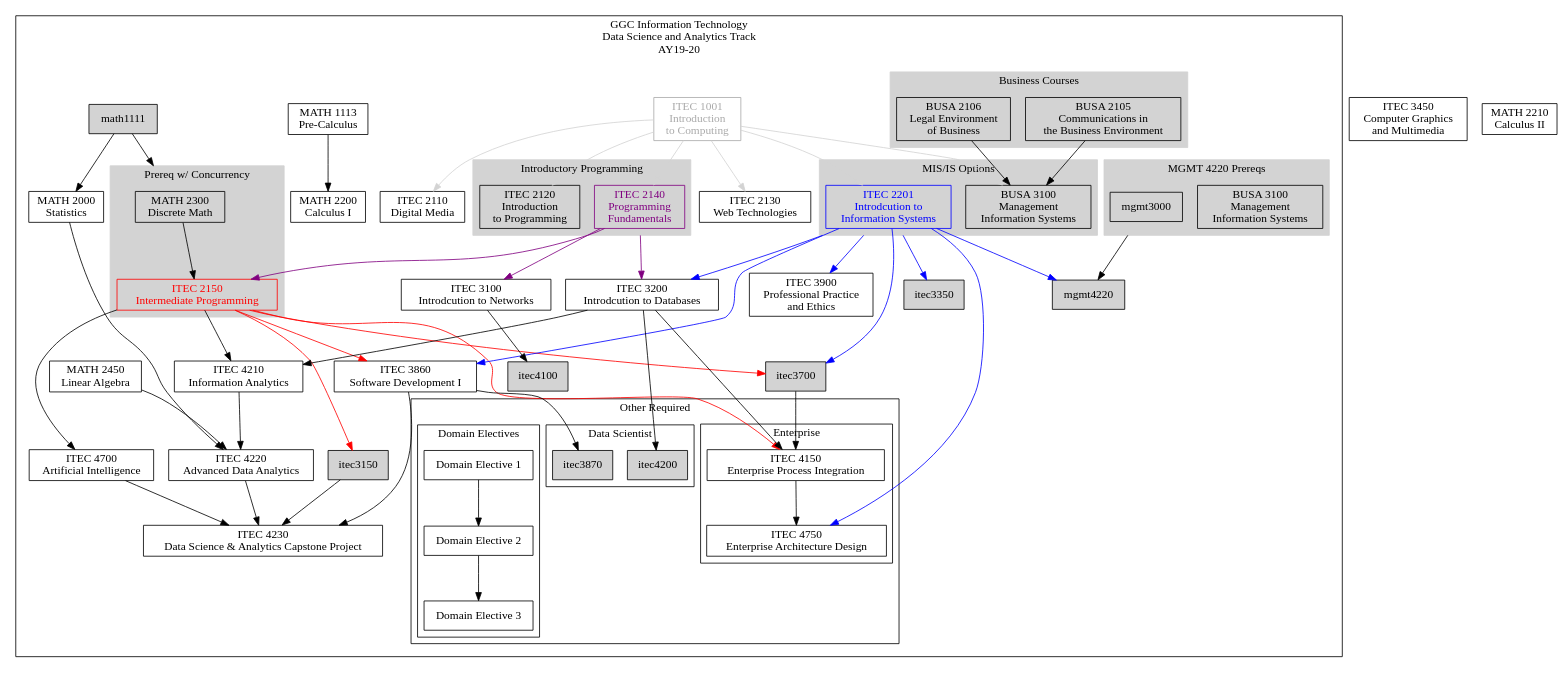
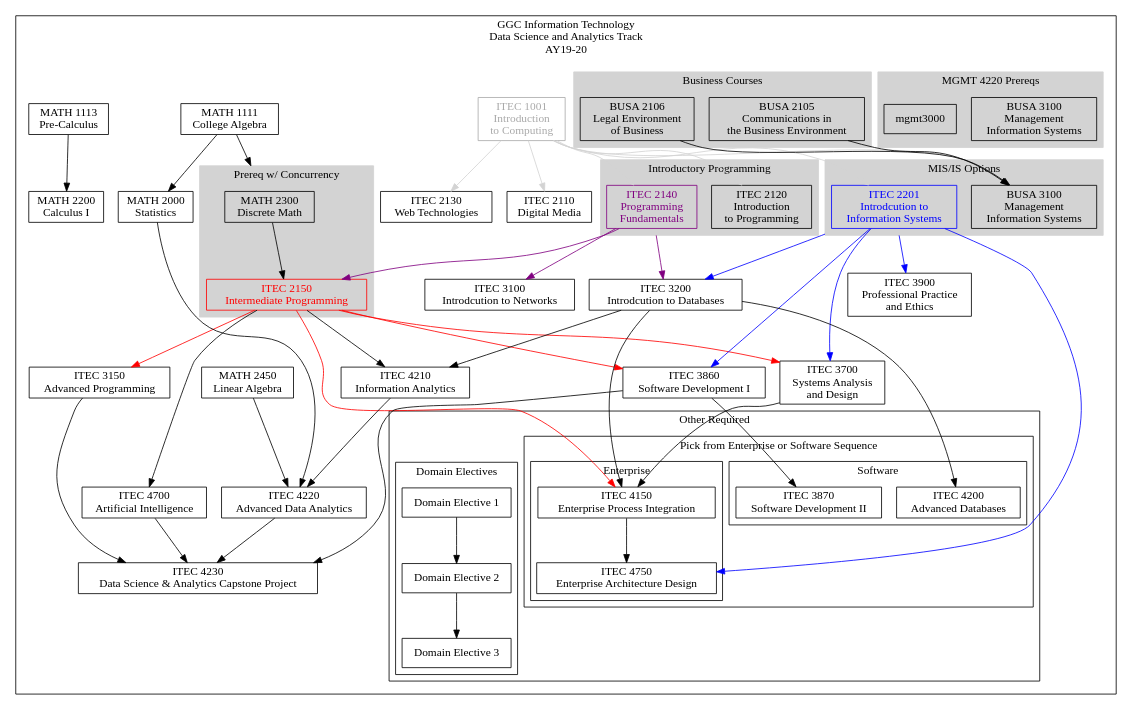
One commit to rjlutz/itec-plans changed the diagram in AY19-20/DataScienceAndAnalytics.dot. Above: the diagram before and after it, drawn with Graphviz. The commit also changed 10 other files, not shown here.

```diff
--- a/AY19-20/DataScienceAndAnalytics.dot
+++ b/AY19-20/DataScienceAndAnalytics.dot
@@ -4,73 +4,6 @@
     compound = true //  needed to link clusters and nodes
     splines = true
     ranksep=0.75
-
-    // itec1001[label = "ITEC 1001\nIntroduction \nto Computing" color=darkgray fontcolor=darkgray]
-    // itec2110[label = "ITEC 2110\nDigital Media"]
-    // itec2120[label = "ITEC 2120\nIntroduction\nto Programming"]
-    // itec2130[label = "ITEC 2130\nWeb Technologies"]
-    // itec2140[label = "ITEC 2140\nProgramming \nFundamentals" color=purple fontcolor=purple]
-    // itec2150[label = "ITEC 2150\nIntermediate Programming" color=red fontcolor=red]
-    // itec3150[label = "ITEC 3150\nAdvanced Programming"]
-    // itec2201[label = "ITEC 2201\nIntrodcution to\nInformation Systems" color=blue fontcolor=blue]
-    // itec3100[label = "ITEC 3100\nIntrodcution to Networks"]
-    // itec3200[label = "ITEC 3200\nIntrodcution to Databases"]
-    // // itec3300[label = "ITEC 3300\nInformation Security"]
-    // itec3350[label = "ITEC 3350\nDigital Commerce"]
-    // // itec3450[label = "ITEC 3450\nComputer Graphics\nand Multimedia"]
-    // // itec3600[label = "ITEC 3600\nOperating Systems"]
-    // itec3700[label = "ITEC 3700\nSystems Analysis\nand Design"]
-    // itec3860[label = "ITEC 3860\nSoftware Development I"]
-    // itec3870[label = "ITEC 3870\nSoftware Development II"]
-    // itec3900[label = "ITEC 3900\nProfessional Practice\nand Ethics"]
-    // itec4100[label = "ITEC 4100\nAdvanced Networks"]
-    // itec4150[label = "ITEC 4150\nEnterprise Process Integration"]
-    // itec4200[label = "ITEC 4200\nAdvanced Databases"]
-    // itec4210[label = "ITEC 4210\nInformation Analytics"]
-    // itec4220[label = "ITEC 4220\nAdvanced Data Analytics"]
-    // itec4230[label = "ITEC 4230\nData Science & Analytics Capstone Project"]
-    // // itec4260[label = "ITEC 4260\nSoftware Testing and QA"]
-    // // itec4320[label = "ITEC 4320\nInternet Security"]
-    // // itec4330[label = "ITEC 4330\nSystems Administration"]
-    // itec4750[label = "ITEC 4750\nEnterprise Architecture Design"]
-    // // itec4810[label = "ITEC 4810\nIT Project I"]
-    // // itec4860[label = "ITEC 4860\nSoftware Development\nProject"]
-    // // itec4450[label = "ITEC 4450\nWeb Development"]
-    // // itec4550[label = "ITEC 4550\nMobile Application\nDevelopment"]
-    // // itec4650[label = "ITEC 4650\nGame Development"]
-    // // itec4900[label = "ITEC 4900\nInformation Technology Internship"]
-    // // stec4500[label = "STEC 4500\nUndergraduate Research"]
-    // itec4700[label = "ITEC 4700\nArtificial Intelligence"]
-    // // areaF[label = "Area F Completed"]
-    // // instructorapproval[label = "Instructor Approval"]
-
-    // // acct2101[label = "ACCT 2101\nIntroduction to Financial Accounting"]
-    // // acct2102[label = "ACCT 2102\nIntroduction to Mangerial Accounting"]
-    // busa2105[label = "BUSA 2105\nCommunications in\nthe Business Environment"]
-    // busa2106[label = "BUSA 2106\nLegal Environment\nof Business"]
-    // busa3100[label = "BUSA 3100\nManagement \nInformation Systems"]
-    // busb3100[label = "BUSA 3100\nManagement \nInformation Systems"] //  a hack, a copy
-    
-    // mgmt3000[label = "MGMT 3000\nPrinciples of\nManagement"]
-    // mgmt4220[label = "MGMT 4220\nProject Management"]
-
-    // math1111[label = "MATH 1111\nCollege Algebra"]
-    // math2300[label = "MATH 2300\nDiscrete Math"]
-    // math1113[label = "MATH 1113\nPre-Calculus"]
-    // math2000[label = "MATH 2000\nStatistics"]
-    // math2200[label = "MATH 2200\nCalculus I"]
-    // // math2210[label = "MATH 2210\nCalculus II"]
-    // math2450[label = "MATH 2450\nLinear Algebra"]
-
-    // // phys2211k[label = "PHYS 2211K\nPrinciples of\nPhysics I"]
-    // // phys2212k[label = "PHYS 2212K\nPrinciples of\nPhysics II"]
-
-    // // biol1107k[label = "BIOL 1107K\nPrinciples of\nBiology I"]
-    // // biol1108k[label = "BIOL 1107K\nPrinciples of\nBiology II"]
-
-    // domain1[label = "Domain Elective 1"]
-    // domain2[label = "Domain Elective 2"]
-    // domain3[label = "Domain Elective 3"]
 
      // All
     itec1001[label = "ITEC 1001\nIntroduction \nto Computing" color=darkgray fontcolor=darkgray]
@@ -82,7 +15,6 @@
     itec2201[label = "ITEC 2201\nIntrodcution to\nInformation Systems" color=blue fontcolor=blue]
     itec3100[label = "ITEC 3100\nIntrodcution to Networks"]
     itec3200[label = "ITEC 3200\nIntrodcution to Databases"]
-    itec3450[label = "ITEC 3450\nComputer Graphics\nand Multimedia"]
     itec3900[label = "ITEC 3900\nProfessional Practice\nand Ethics"]
     busa2105[label = "BUSA 2105\nCommunications in\nthe Business Environment"]
     busa2106[label = "BUSA 2106\nLegal Environment\nof Business"]
@@ -94,6 +26,7 @@
 
     // Software Development 
     // itec3150[label = "ITEC 3150\nAdvanced Programming"]
+    // itec3450[label = "ITEC 3450\nComputer Graphics\nand Multimedia"]
     // itec3700[label = "ITEC 3700\nSystems Analysis\nand Design"]
     // itec3860[label = "ITEC 3860\nSoftware Development I"]
     // itec3870[label = "ITEC 3870\nSoftware Development II"]
@@ -144,8 +77,12 @@
     // mgmt4220[label = "MGMT 4220\nProject Management"]
 
     // Data Science and Analytics
+    itec3150[label = "ITEC 3150\nAdvanced Programming"]
+    itec3700[label = "ITEC 3700\nSystems Analysis\nand Design"]
     itec3860[label = "ITEC 3860\nSoftware Development I"]
+    itec3870[label = "ITEC 3870\nSoftware Development II"]
     itec4150[label = "ITEC 4150\nEnterprise Process Integration"]
+    itec4200[label = "ITEC 4200\nAdvanced Databases"]
     itec4210[label = "ITEC 4210\nInformation Analytics"]
     itec4220[label = "ITEC 4220\nAdvanced Data Analytics"]
     itec4230[label = "ITEC 4230\nData Science & Analytics Capstone Project"]
@@ -155,7 +92,7 @@
     domain1[label = "Domain Elective 1"]
     domain2[label = "Domain Elective 2"]
     domain3[label = "Domain Elective 3"]
-    math2210[label = "MATH 2210\nCalculus II"]
+    math1111[label = "MATH 1111\nCollege Algebra"]
     math2450[label = "MATH 2450\nLinear Algebra"]
 
     // Digital Media
@@ -199,15 +136,12 @@
             itec2201 -> itec3200 [ltail=cluster22013100 color=blue]
             itec2140 -> itec3200 [ltail=cluster21202140 color=purple]
 
-            itec2201 -> itec3350 [ltail=cluster22013100 color=blue]
             itec2150 -> itec4150 [color=red]
             itec3200 -> itec4150
             itec3700 -> itec4150
             itec2201 -> itec4750 [color=blue]
             itec4150 -> itec4750
-            itec2201 -> mgmt4220 [color=blue]
-            mgmt3000 -> mgmt4220 [ltail=cluster30003100]
-
+            
             busa2106 -> busa3100
             busa2105 -> busa3100
             itec1001 -> itec2140 [color=lightgray]
@@ -236,7 +170,6 @@
             math1111 -> math2000
             math1111 -> math2300 [lhead=clusterdiscrete]
            
-            itec3100 -> itec4100
             itec3200 -> itec4200
 
             subgraph cluster21202140 {
@@ -280,16 +213,25 @@
                 graph[style=solid]
                 color=black;
 
-                subgraph clusteritecopt1 {
-                    label = "Enterprise";
-                    itec4150
-                    itec4750
-                }
 
-                subgraph clusteritecopt2 {
-                    label = "Data Scientist";
-                    itec3870
-                    itec4200
+                subgraph clusteritecoptions {
+                    label = "Pick from Enterprise or Software Sequence"
+                    node [style=filled];
+                    style=filled;
+                    graph[style=solid]
+                    color=black;
+
+                    subgraph clusteritecopt1 {
+                        label = "Enterprise";
+                        itec4150
+                        itec4750
+                    }
+
+                    subgraph clusteritecopt2 {
+                        label = "Software";
+                        itec3870
+                        itec4200
+                    }
                 }
 
                 subgraph clusterdomain {
```
